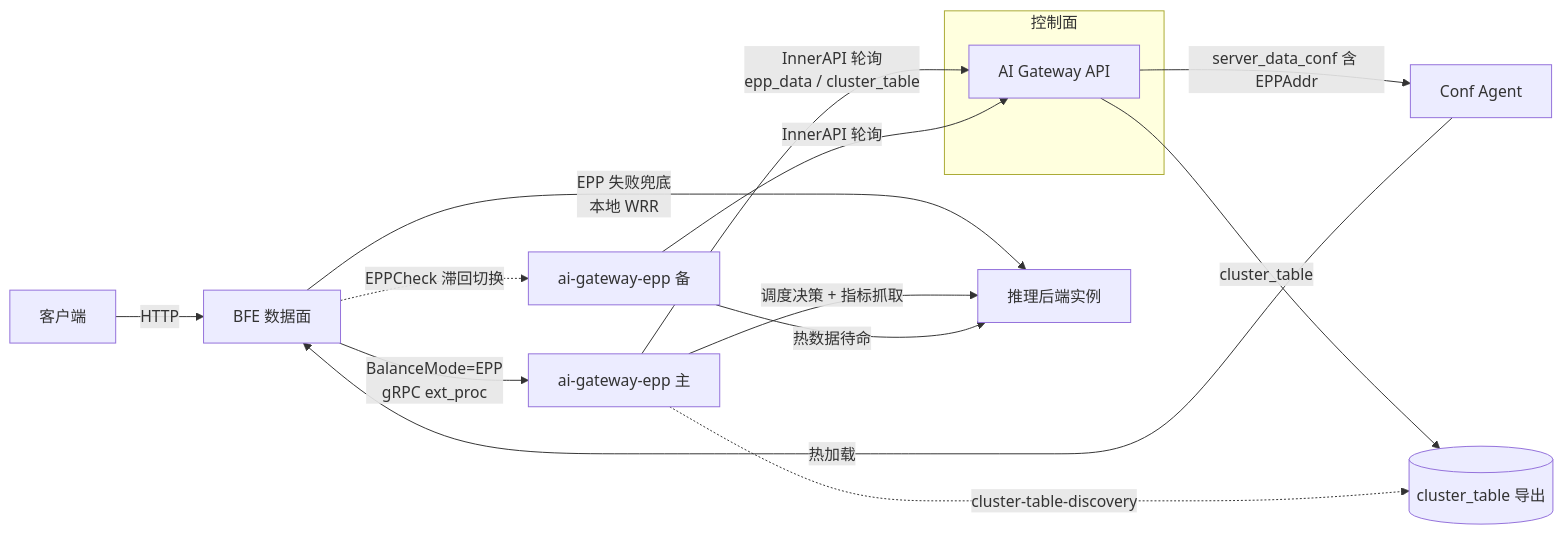
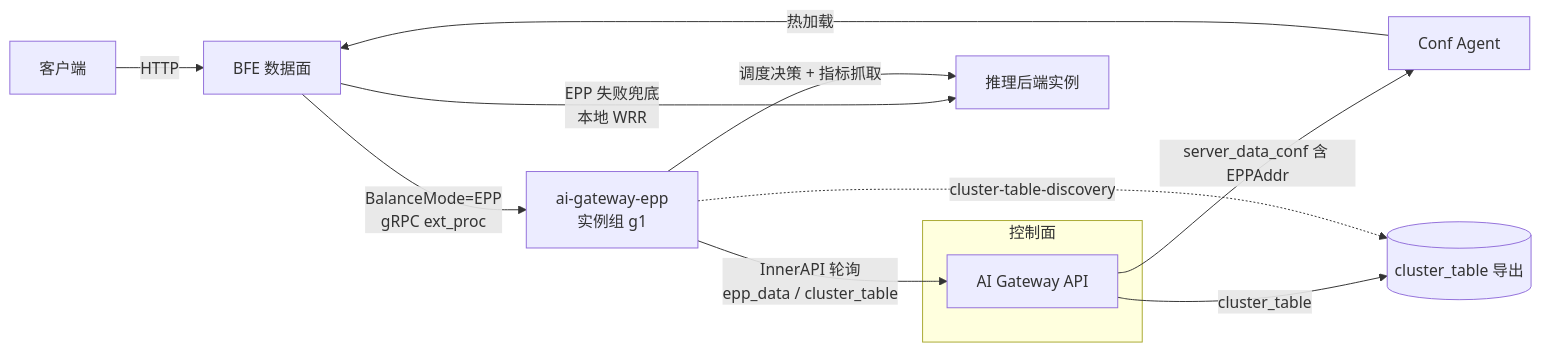
The first of 2 diagrams in design/chapter16-epp-scheduling-design.md (mileszhang2016/rainway-book), drawn with Mermaid before and after one commit. The commit also changed other lines of this file and 78 other files, not shown here.

Commit message:
docs: 全书对齐 v0.8.0 最新组件版本（Dashboard v0.0.11、新增 ai-gateway-controller v1.1.0；补充角色体系、批量任务、批量限流、EPP 运行时参数、K8s 池发现与错误契约等）（中英双语）

````diff
--- a/design/chapter16-epp-scheduling-design.md
+++ b/design/chapter16-epp-scheduling-design.md
@@ -54,19 +54,16 @@
 ```mermaid
 flowchart LR
     C[客户端] -->|HTTP| B[BFE 数据面]
-    B -->|BalanceMode=EPP<br/>gRPC ext_proc| E0[ai-gateway-epp 主]
-    B -.->|EPPCheck 滞回切换| E1[ai-gateway-epp 备]
+    B -->|BalanceMode=EPP<br/>gRPC ext_proc| E0[ai-gateway-epp<br/>实例组 g1]
     B -->|EPP 失败兜底<br/>本地 WRR| R[推理后端实例]
     E0 -->|调度决策 + 指标抓取| R
-    E1 -->|热数据待命| R
 
     subgraph 控制面
         A[AI Gateway API]
     end
     E0 -->|InnerAPI 轮询<br/>epp_data / cluster_table| A
-    E1 -->|InnerAPI 轮询| A
     A -->|server_data_conf 含 EPPAddr| CA[Conf Agent]
     CA -->|热加载| B
     A -->|cluster_table| CT[(cluster_table 导出)]
     E0 -.->|cluster-table-discovery| CT
 ```
````
